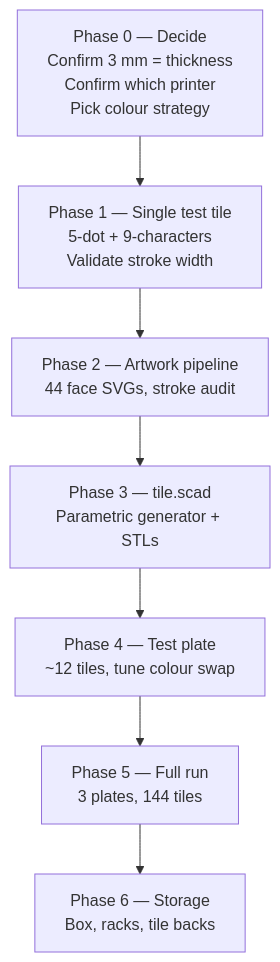
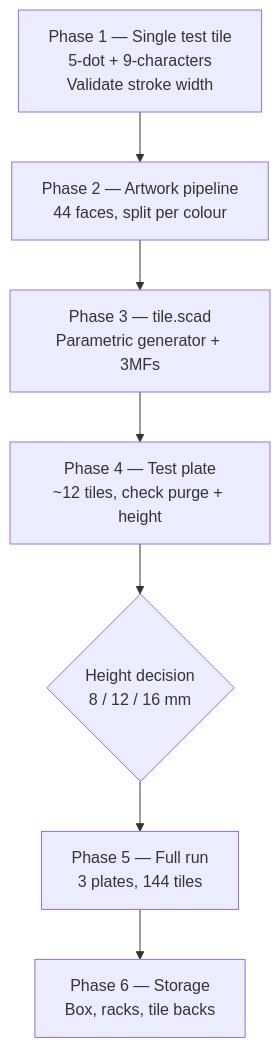
One commit to jvanheerikhuize/3d-printing changed the second of 2 diagrams in models/mahjong/README.md. Above: the diagram before and after it, drawn with Mermaid. The commit also changed other lines of this file, not shown here.

````diff
--- a/models/mahjong/README.md
+++ b/models/mahjong/README.md
@@ -166,10 +197,10 @@
 ```mermaid
 flowchart TD
-    P0["Phase 0 — Decide<br/>Confirm 3 mm = thickness<br/>Confirm which printer<br/>Pick colour strategy"] --> P1
     P1["Phase 1 — Single test tile<br/>5-dot + 9-characters<br/>Validate stroke width"] --> P2
-    P2["Phase 2 — Artwork pipeline<br/>44 face SVGs, stroke audit"] --> P3
-    P3["Phase 3 — tile.scad<br/>Parametric generator + STLs"] --> P4
-    P4["Phase 4 — Test plate<br/>~12 tiles, tune colour swap"] --> P5
+    P2["Phase 2 — Artwork pipeline<br/>44 faces, split per colour"] --> P3
+    P3["Phase 3 — tile.scad<br/>Parametric generator + 3MFs"] --> P4
+    P4["Phase 4 — Test plate<br/>~12 tiles, check purge + height"] --> PH
+    PH{"Height decision<br/>8 / 12 / 16 mm"} --> P5
     P5["Phase 5 — Full run<br/>3 plates, 144 tiles"] --> P6
     P6["Phase 6 — Storage<br/>Box, racks, tile backs"]
 ```
````
